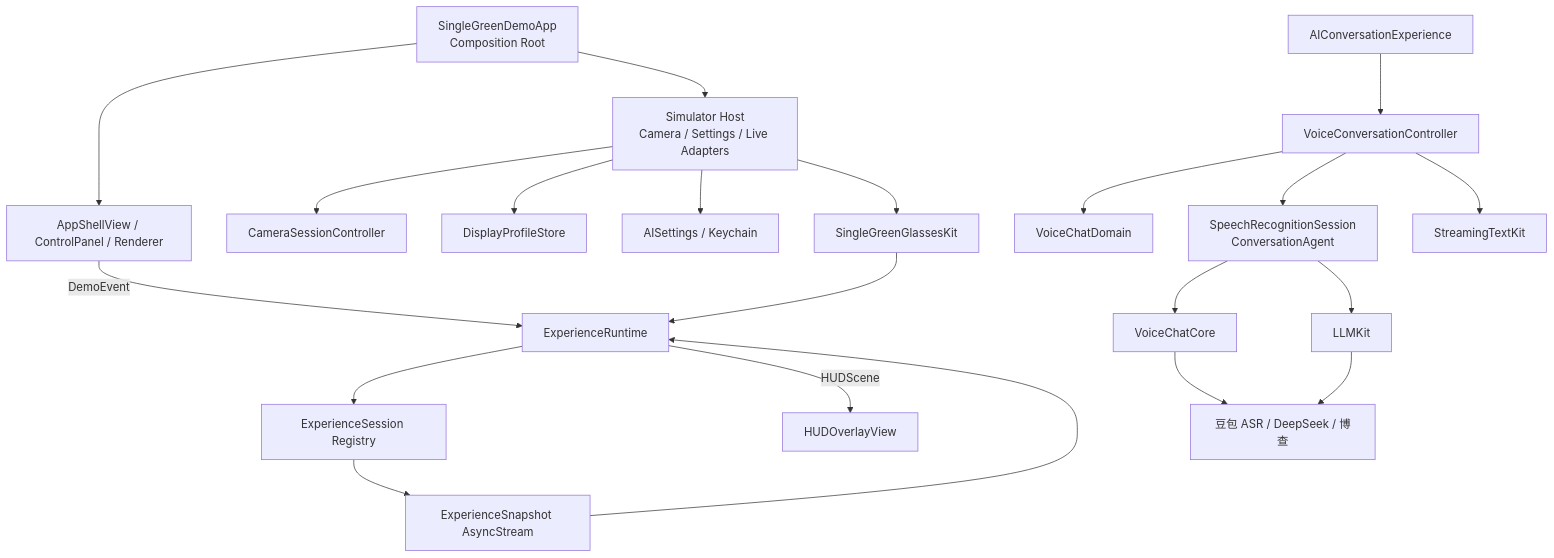
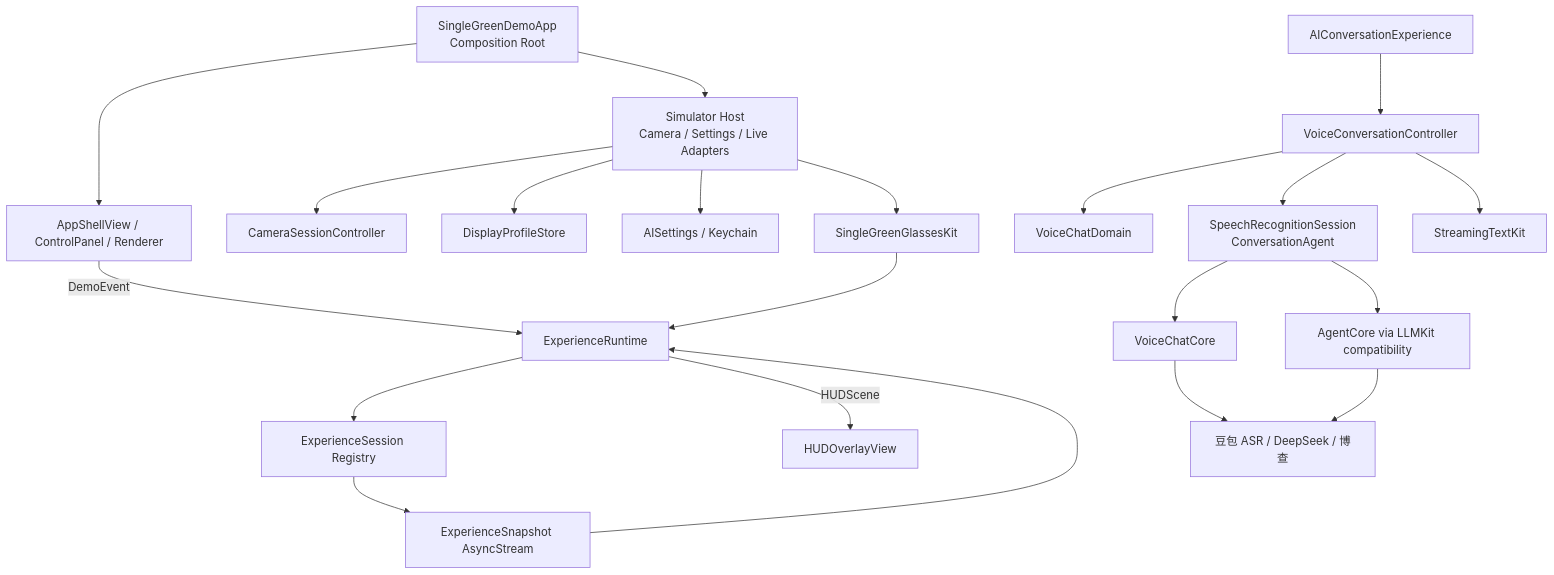
The diagram in docs/PROJECT_ARCHITECTURE_AND_UPGRADE_REPORT.md (lotwhoo/SingleGreenDemo), drawn with Mermaid before and after one commit. The commit also changed other lines of this file and 34 other files, not shown here.

Commit message:
refactor: split LLM core and agent targets

````diff
--- a/docs/PROJECT_ARCHITECTURE_AND_UPGRADE_REPORT.md
+++ b/docs/PROJECT_ARCHITECTURE_AND_UPGRADE_REPORT.md
@@ -189,43 +189,43 @@
 ```mermaid
 flowchart TD
     App[SingleGreenDemoApp\nComposition Root]
     Host[Simulator Host\nCamera / Settings / Live Adapters]
     UI[AppShellView / ControlPanel / Renderer]
     Kit[SingleGreenGlassesKit]
     Camera[CameraSessionController]
     Profile[DisplayProfileStore]
     Settings[AISettings / Keychain]
     Runtime[ExperienceRuntime]
     Sessions[ExperienceSession Registry]
     Snapshot[ExperienceSnapshot AsyncStream]
     Renderer[HUDOverlayView]
     AIExp[AIConversationExperience]
     Controller[VoiceConversationController]
     Ports[SpeechRecognitionSession\nConversationAgent]
     Domain[VoiceChatDomain]
     ASR[VoiceChatCore]
-    Agent[LLMKit]
+    Agent[AgentCore via LLMKit compatibility]
     Streaming[StreamingTextKit]
     Services[豆包 ASR / DeepSeek / 博查]
 
     App --> UI
     App --> Host
     Host --> Camera
     Host --> Profile
     Host --> Settings
     Host --> Kit
     Kit --> Runtime
     Runtime --> Sessions
     UI -->|DemoEvent| Runtime
     Sessions --> Snapshot
     Snapshot --> Runtime
     Runtime -->|HUDScene| Renderer
     AIExp --> Controller
     Controller --> Domain
     Controller --> Ports
     Controller --> Streaming
     Ports --> ASR
     Ports --> Agent
     ASR --> Services
     Agent --> Services
 ```
````
